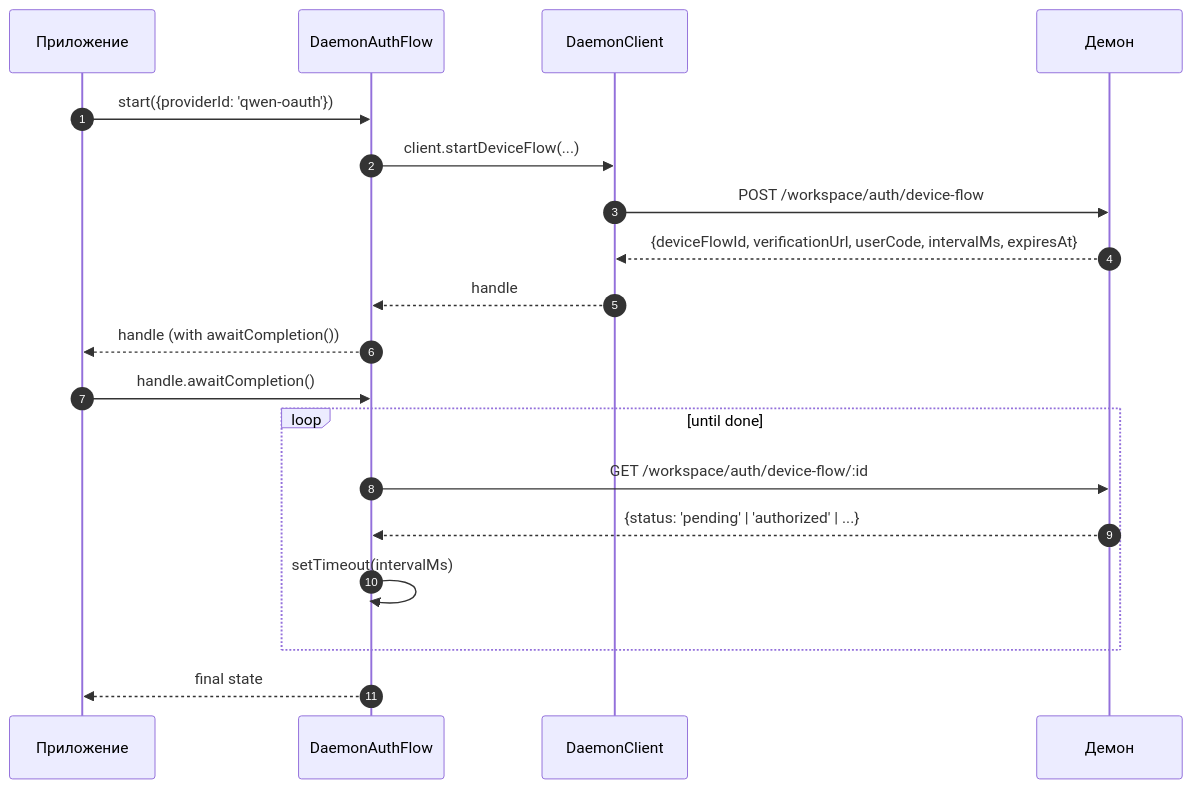
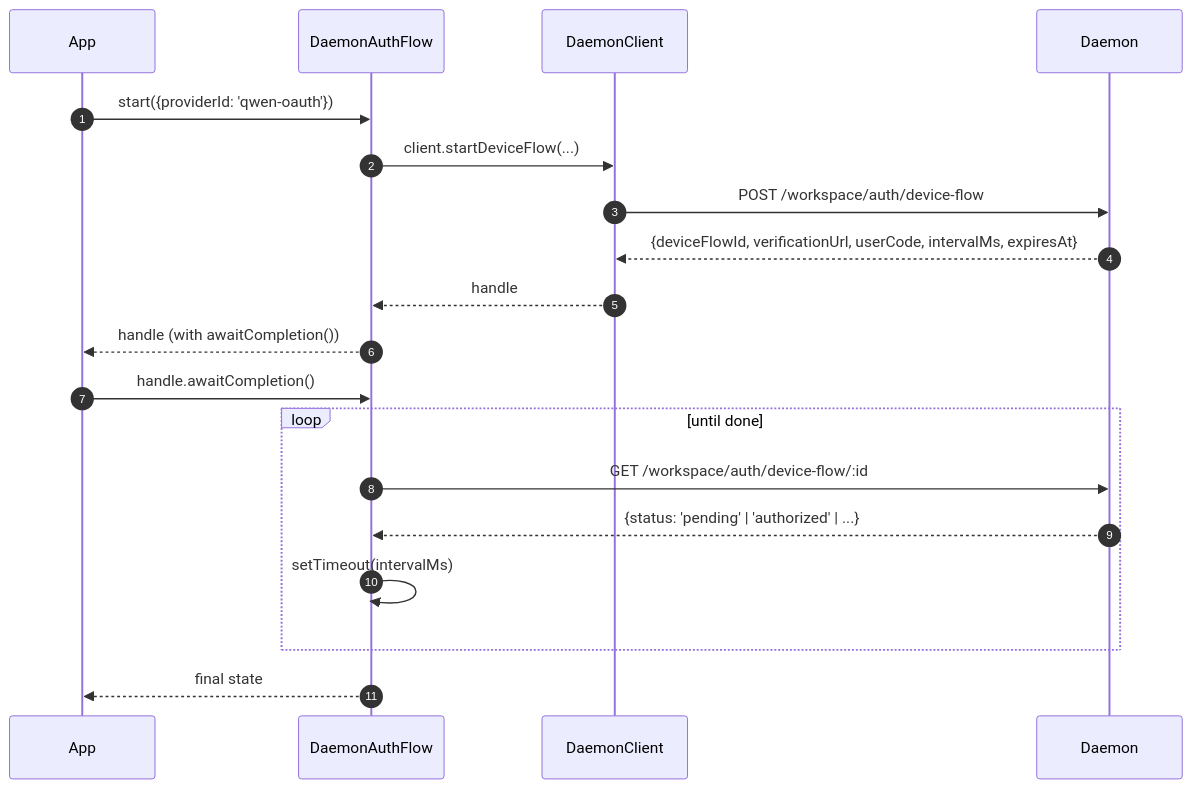
The third of 3 diagrams in website/content/ru/developers/daemon/13-sdk-daemon-client.md (QwenLM/qwen-code-docs), drawn with Mermaid before and after one commit. The commit also changed other lines of this file and 128 other files, not shown here.

````diff
--- a/website/content/ru/developers/daemon/13-sdk-daemon-client.md
+++ b/website/content/ru/developers/daemon/13-sdk-daemon-client.md
@@ -181,22 +195,22 @@
 ```mermaid
 sequenceDiagram
     autonumber
-    participant App as Приложение
+    participant App as App
     participant AF as DaemonAuthFlow
     participant DC as DaemonClient
-    participant D as Демон
+    participant D as Daemon
 
     App->>AF: start({providerId: 'qwen-oauth'})
     AF->>DC: client.startDeviceFlow(...)
     DC->>D: POST /workspace/auth/device-flow
     D-->>DC: {deviceFlowId, verificationUrl, userCode, intervalMs, expiresAt}
     DC-->>AF: handle
     AF-->>App: handle (with awaitCompletion())
     App->>AF: handle.awaitCompletion()
     loop until done
         AF->>D: GET /workspace/auth/device-flow/:id
         D-->>AF: {status: 'pending' | 'authorized' | ...}
         AF->>AF: setTimeout(intervalMs)
     end
     AF-->>App: final state
 ```
````
